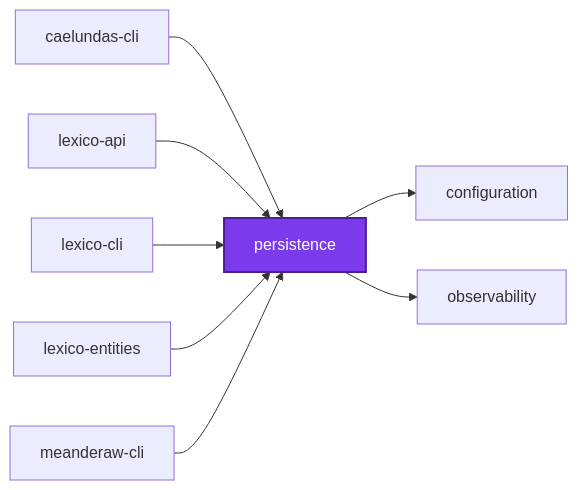
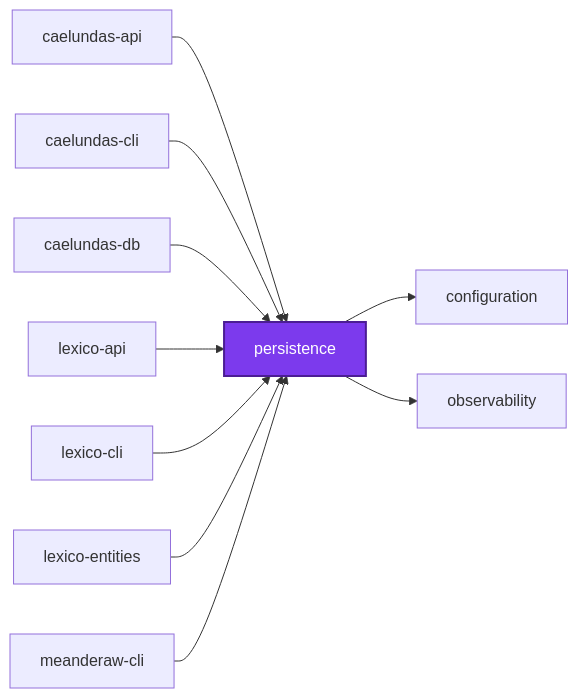
Before and after one commit to organizzolini/codebase: the first of 3 diagrams in projects/common/persistence/README.md, drawn with Mermaid. The commit also changed other lines of this file and 207 other files, not shown here.

````diff
--- a/projects/common/persistence/README.md
+++ b/projects/common/persistence/README.md
@@ -377,20 +377,24 @@
 ```mermaid
 graph LR
+  caelundas_api["caelundas-api"]
   caelundas_cli["caelundas-cli"]
+  caelundas_db["caelundas-db"]
   configuration["configuration"]
   lexico_api["lexico-api"]
   lexico_cli["lexico-cli"]
   lexico_entities["lexico-entities"]
   meanderaw_cli["meanderaw-cli"]
   observability["observability"]
   persistence["persistence"]
+  caelundas_api --> persistence
   caelundas_cli --> persistence
+  caelundas_db --> persistence
   lexico_api --> persistence
   lexico_cli --> persistence
   lexico_entities --> persistence
   meanderaw_cli --> persistence
   persistence --> configuration
   persistence --> observability
   classDef subject fill:#7c3aed,color:#fff,stroke:#4c1d95,stroke-width:2px
   class persistence subject
 ```
````
